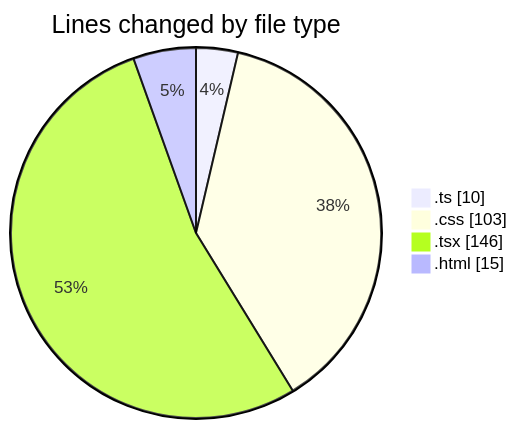
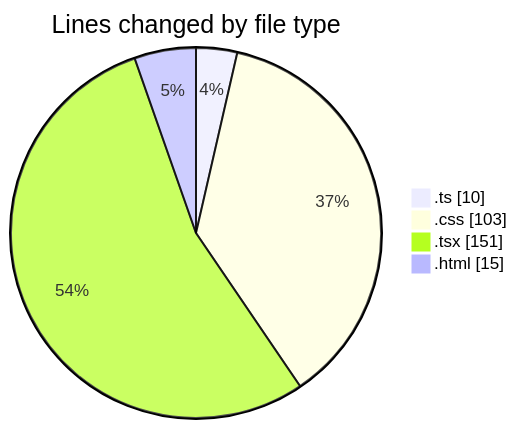
Before and after one commit to EIIisD/code-tracking: the first of 2 diagrams in 2025-07-31/tw-server/README.md, drawn with Mermaid. The commit also changed other lines of this file and 1 other file, not shown here.

````diff
--- a/2025-07-31/tw-server/README.md
+++ b/2025-07-31/tw-server/README.md
@@ -25,8 +25,8 @@
 ```mermaid
 pie showData
 title Lines changed by file type
 ".ts" : 10
 ".css" : 103
-".tsx" : 146
+".tsx" : 151
 ".html" : 15
 ```
````
